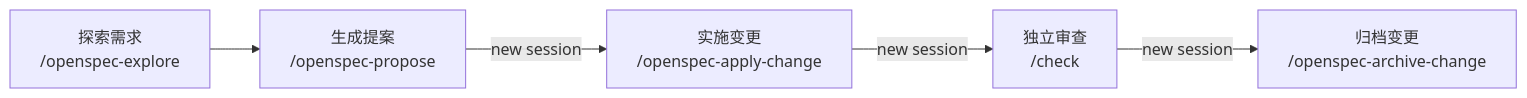
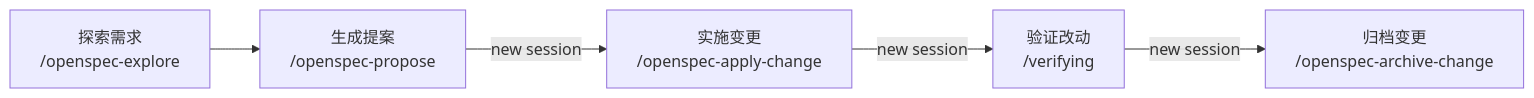
The diagram in README.md (OiAnthony/.agents), drawn with Mermaid before and after one commit. The commit also changed other lines of this file and 56 other files, not shown here.

````diff
--- a/README.md
+++ b/README.md
@@ -48,10 +44,10 @@
 ```mermaid
 flowchart LR
     accTitle: OpenSpec 复杂变更工作流
     accDescr: 从探索需求开始，依次生成提案、实施变更、独立审查，最后归档。
 
     A[探索需求<br/>/openspec-explore] --> B[生成提案<br/>/openspec-propose]
     B -->|new session| C[实施变更<br/>/openspec-apply-change]
-    C -->|new session| D[独立审查<br/>/check]
+    C -->|new session| D[验证改动<br/>/verifying]
     D -->|new session| E[归档变更<br/>/openspec-archive-change]
 ```
````
